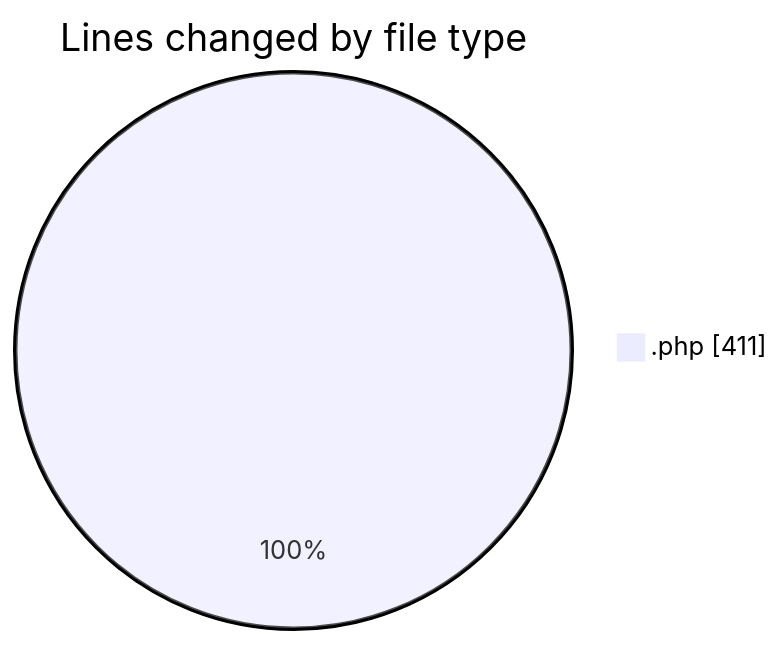
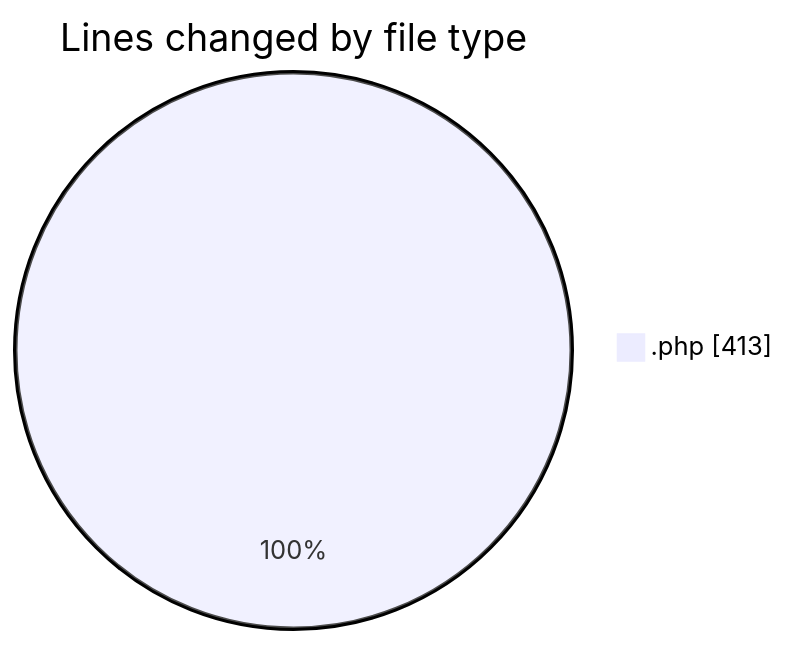
Before and after one commit to LanceThiago/code-tracking: the first of 2 diagrams in 2026-04-21/oficina/README.md, drawn with Mermaid. The commit also changed other lines of this file and 1 other file, not shown here.

````diff
--- a/2026-04-21/oficina/README.md
+++ b/2026-04-21/oficina/README.md
@@ -20,5 +20,5 @@
 ```mermaid
 pie showData
 title Lines changed by file type
-".php" : 411
+".php" : 413
 ```
````
